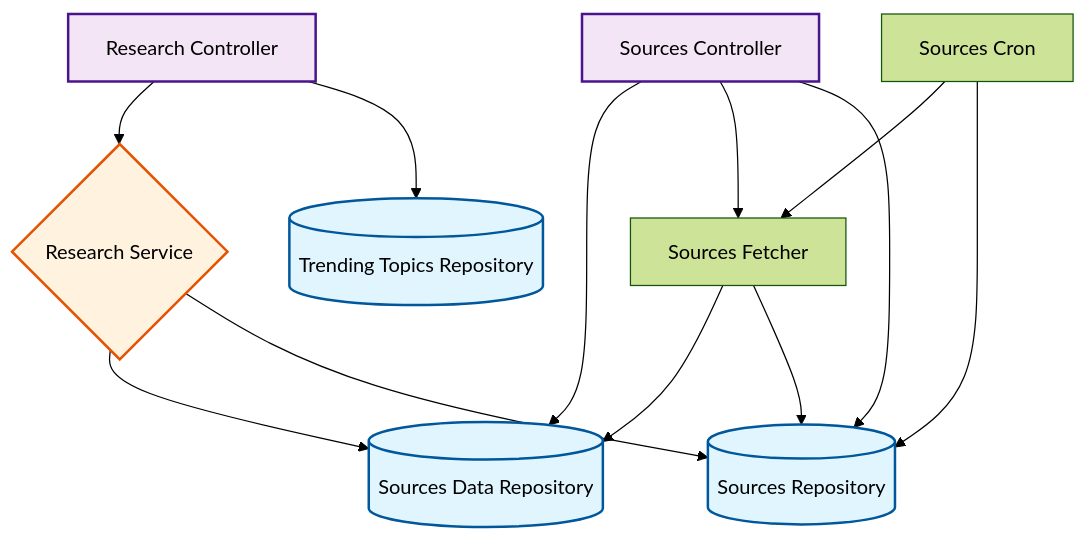
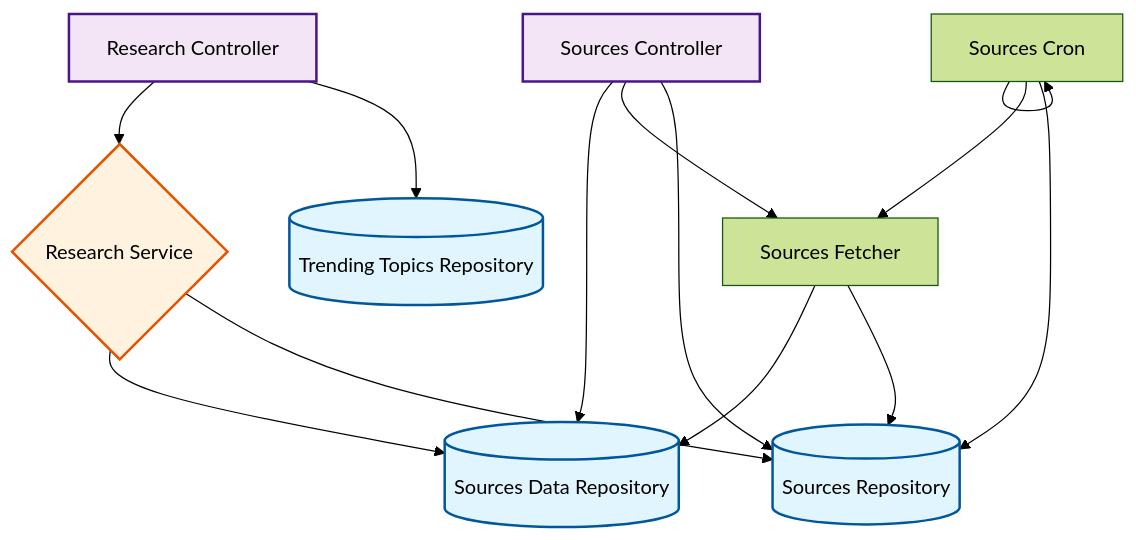
The tenth of 19 diagrams in docs/feature-report.md (rpnunez/wp-ai-scheduler), drawn with Mermaid (forest theme) before and after one commit. The commit also changed other lines of this file and 1 other file, not shown here.

````diff
--- a/docs/feature-report.md
+++ b/docs/feature-report.md
@@ -572,32 +575,33 @@
 ```mermaid
 flowchart TD
     %% Sources & Research Architecture
 
     Research_Controller["Research Controller"]
     Research_Service{"Research Service"}
     Sources_Controller["Sources Controller"]
     Sources_Cron["Sources Cron"]
     Sources_Data_Repository[("Sources Data Repository")]
     Sources_Fetcher["Sources Fetcher"]
     Sources_Repository[("Sources Repository")]
     Trending_Topics_Repository[("Trending Topics Repository")]
 
     Research_Controller --> Research_Service
     Research_Controller --> Trending_Topics_Repository
     Research_Service --> Sources_Data_Repository
     Research_Service --> Sources_Repository
     Sources_Controller --> Sources_Data_Repository
     Sources_Controller --> Sources_Fetcher
     Sources_Controller --> Sources_Repository
+    Sources_Cron --> Sources_Cron
     Sources_Cron --> Sources_Fetcher
     Sources_Cron --> Sources_Repository
     Sources_Fetcher --> Sources_Data_Repository
     Sources_Fetcher --> Sources_Repository
 
     classDef repository fill:#e1f5ff,stroke:#01579b,stroke-width:2px
     classDef service fill:#fff3e0,stroke:#e65100,stroke-width:2px
     classDef controller fill:#f3e5f5,stroke:#4a148c,stroke-width:2px
     class Sources_Data_Repository,Sources_Repository,Trending_Topics_Repository repository
     class Research_Service service
     class Research_Controller,Sources_Controller controller
 ```
````
